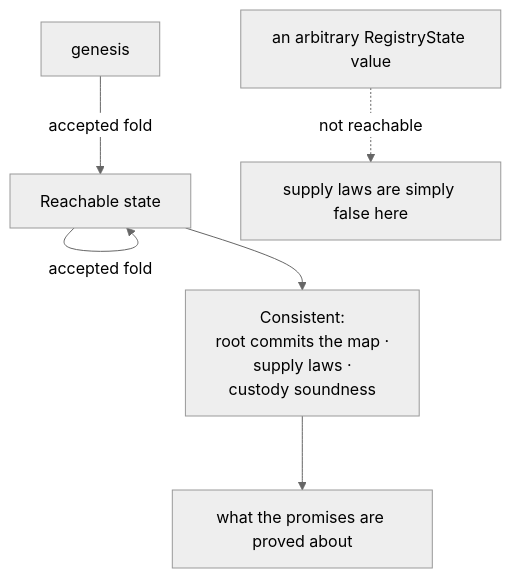
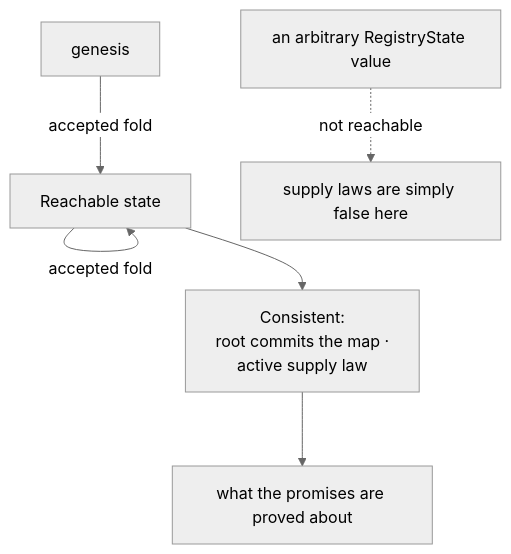
The diagram in docs/LEAN-CLARITY.md (lambdasistemi/singular), drawn with Mermaid (neutral theme) before and after one commit. The commit also changed other lines of this file and 66 other files, not shown here.

````diff
--- a/docs/LEAN-CLARITY.md
+++ b/docs/LEAN-CLARITY.md
@@ -57,8 +57,8 @@
 ```mermaid
 flowchart TD
     G["genesis"] -->|"accepted fold"| S["Reachable state"]
     S -->|"accepted fold"| S
-    S --> INV["Consistent:<br/>root commits the map ·<br/>supply laws ·<br/>custody soundness"]
+    S --> INV["Consistent:<br/>root commits the map ·<br/>active supply law"]
     INV --> A["what the promises are proved about"]
     ARB["an arbitrary RegistryState value"] -.->|"not reachable"| X["supply laws are simply false here"]
 ```
````
